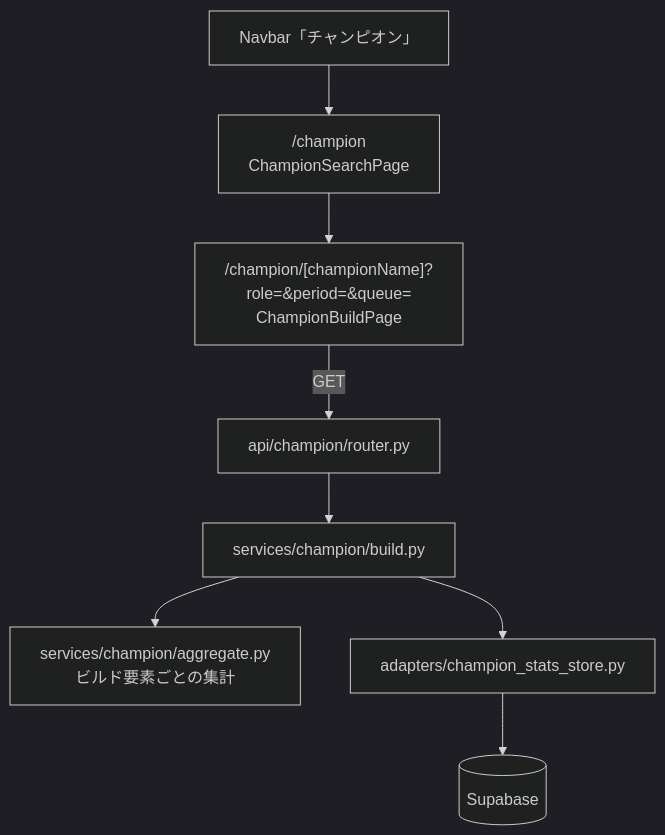
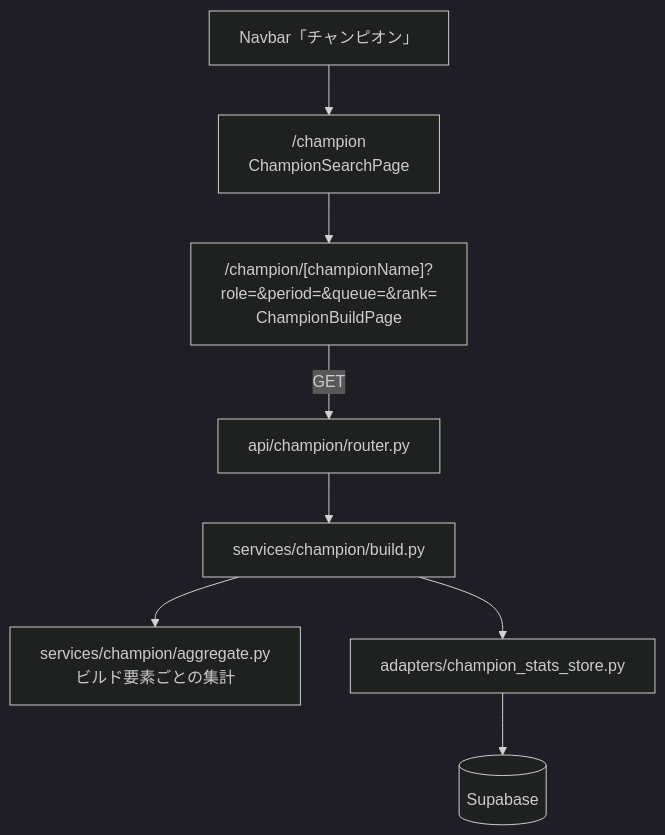
The first of 2 diagrams in .kiro/specs/champion-stats/design.md (clone701/lollab), drawn with Mermaid (dark theme) before and after one commit. The commit also changed other lines of this file and 65 other files, not shown here.

````diff
--- a/.kiro/specs/champion-stats/design.md
+++ b/.kiro/specs/champion-stats/design.md
@@ -13,10 +13,10 @@
 ```mermaid
 graph TB
     Nav["Navbar「チャンピオン」"] --> List["/champion<br/>ChampionSearchPage"]
-    List --> Build["/champion/[championName]?role=&period=&queue=<br/>ChampionBuildPage"]
+    List --> Build["/champion/[championName]?role=&period=&queue=&rank=<br/>ChampionBuildPage"]
     Build -->|GET| Router["api/champion/router.py"]
     Router --> Svc["services/champion/build.py"]
     Svc --> Agg["services/champion/aggregate.py<br/>ビルド要素ごとの集計"]
     Svc --> Store["adapters/champion_stats_store.py"]
     Store --> DB[("Supabase")]
 ```
````
